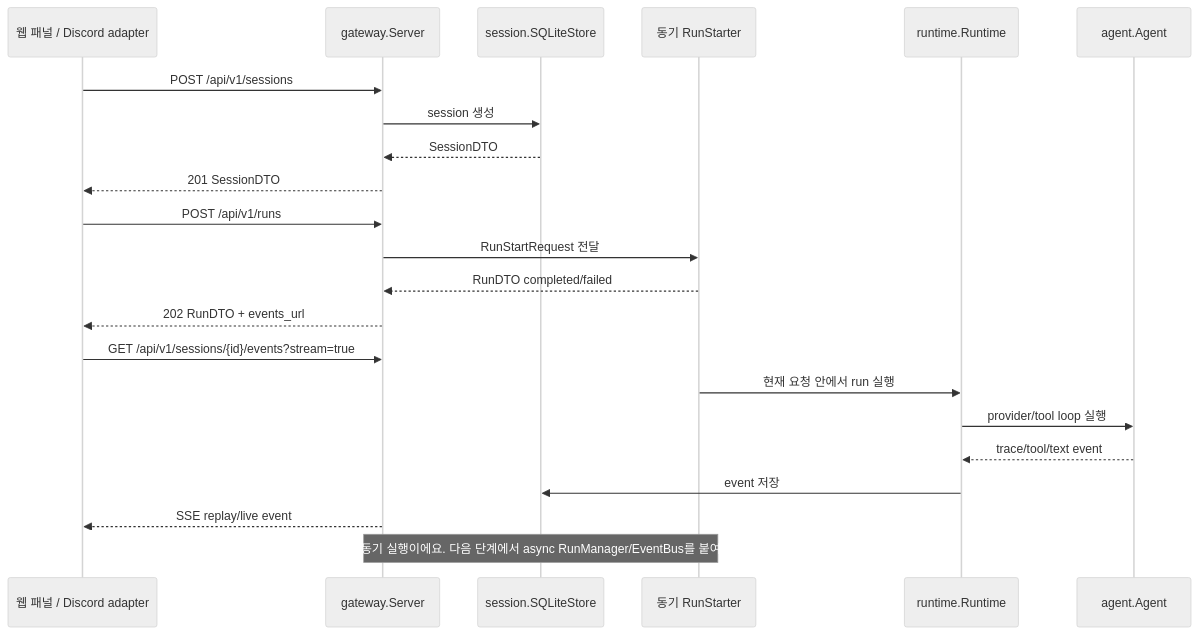
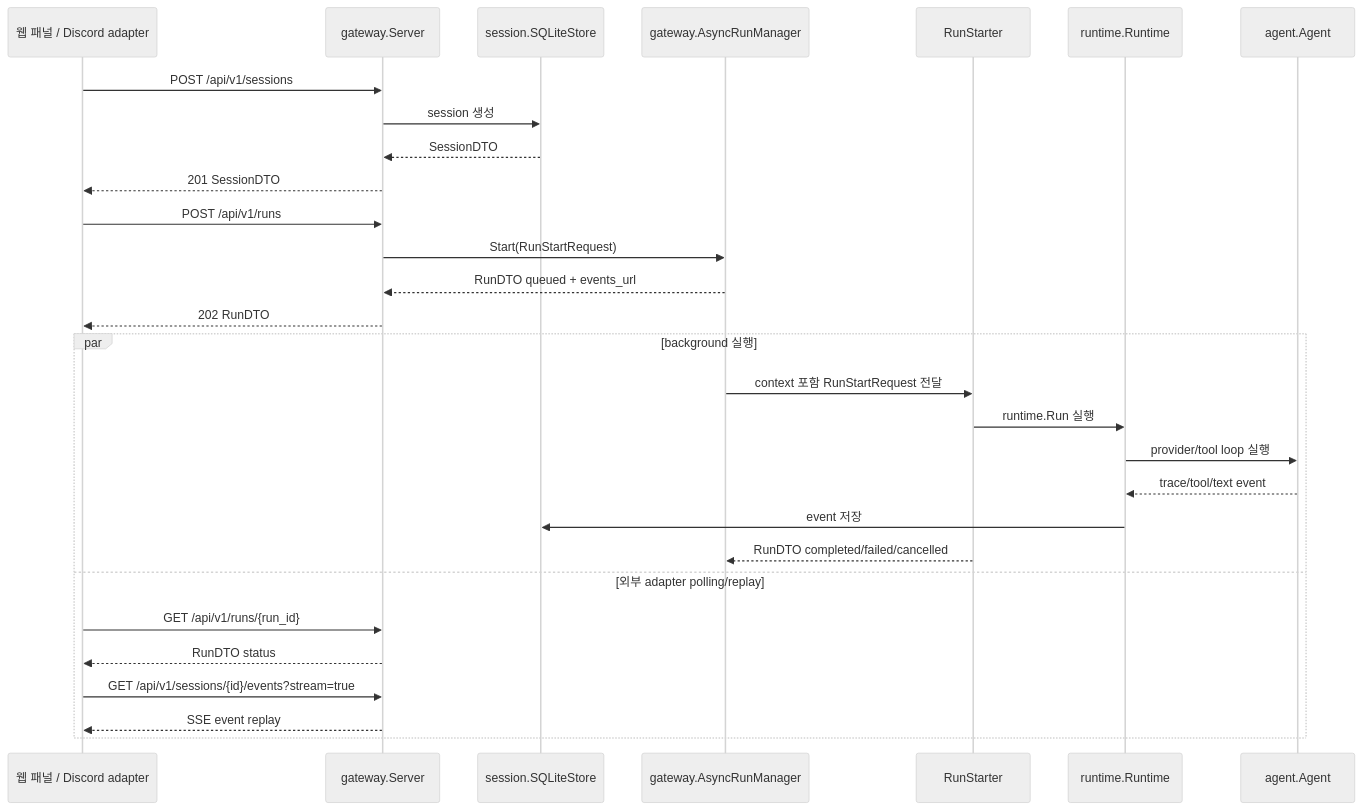
One commit to sleepysoong/kkode changed the third of 4 diagrams in README.md. Above: the diagram before and after it, drawn with Mermaid (neutral theme). The commit also changed other lines of this file and 8 other files, not shown here.

````diff
--- a/README.md
+++ b/README.md
@@ -86,28 +87,34 @@
 ```mermaid
 sequenceDiagram
     participant UI as 웹 패널 / Discord adapter
     participant G as gateway.Server
     participant S as session.SQLiteStore
-    participant RS as 동기 RunStarter
+    participant M as gateway.AsyncRunManager
+    participant RS as RunStarter
     participant R as runtime.Runtime
     participant A as agent.Agent
 
     UI->>G: POST /api/v1/sessions
     G->>S: session 생성
     S-->>G: SessionDTO
     G-->>UI: 201 SessionDTO
 
     UI->>G: POST /api/v1/runs
-    G->>RS: RunStartRequest 전달
-    RS-->>G: RunDTO completed/failed
-    G-->>UI: 202 RunDTO + events_url
+    G->>M: Start(RunStartRequest)
+    M-->>G: RunDTO queued + events_url
+    G-->>UI: 202 RunDTO
 
-    UI->>G: GET /api/v1/sessions/{id}/events?stream=true
-    RS->>R: 현재 요청 안에서 run 실행
-    R->>A: provider/tool loop 실행
-    A-->>R: trace/tool/text event
-    R->>S: event 저장
-    G-->>UI: SSE replay/live event
-
-    Note over RS,G: 현재는 동기 실행이에요. 다음 단계에서 async RunManager/EventBus를 붙여야해요.
+    par background 실행
+        M->>RS: context 포함 RunStartRequest 전달
+        RS->>R: runtime.Run 실행
+        R->>A: provider/tool loop 실행
+        A-->>R: trace/tool/text event
+        R->>S: event 저장
+        RS-->>M: RunDTO completed/failed/cancelled
+    and 외부 adapter polling/replay
+        UI->>G: GET /api/v1/runs/{run_id}
+        G-->>UI: RunDTO status
+        UI->>G: GET /api/v1/sessions/{id}/events?stream=true
+        G-->>UI: SSE event replay
+    end
 ```
````
